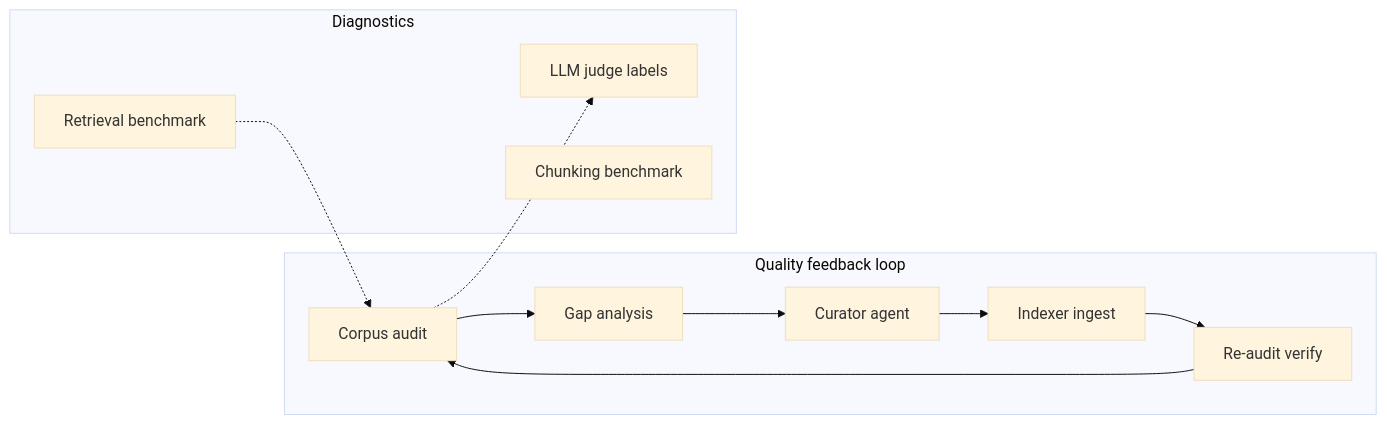
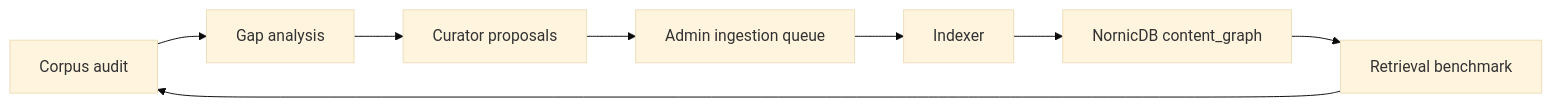
Before and after one commit to supernovae/synesis: the diagram in docs/QUALITY_PIPELINE.md, drawn with Mermaid (base theme). The commit also changed other lines of this file and 78 other files, not shown here.

````diff
--- a/docs/QUALITY_PIPELINE.md
+++ b/docs/QUALITY_PIPELINE.md
@@ -7,17 +8,10 @@
 ```mermaid
 flowchart LR
-  subgraph loop [Quality feedback loop]
-    A[Corpus audit] --> G[Gap analysis]
-    G --> C[Curator agent]
-    C --> I[Indexer ingest]
-    I --> V[Re-audit verify]
-    V --> A
-  end
-  subgraph aux [Diagnostics]
-    J[LLM judge labels]
-    CH[Chunking benchmark]
-    R[Retrieval benchmark]
-  end
-  A -.-> J
-  R -.-> A
+  A[Corpus audit] --> G[Gap analysis]
+  G --> C[Curator proposals]
+  C --> I[Admin ingestion queue]
+  I --> X[Indexer]
+  X --> N[NornicDB content_graph]
+  N --> V[Retrieval benchmark]
+  V --> A
 ```
````
